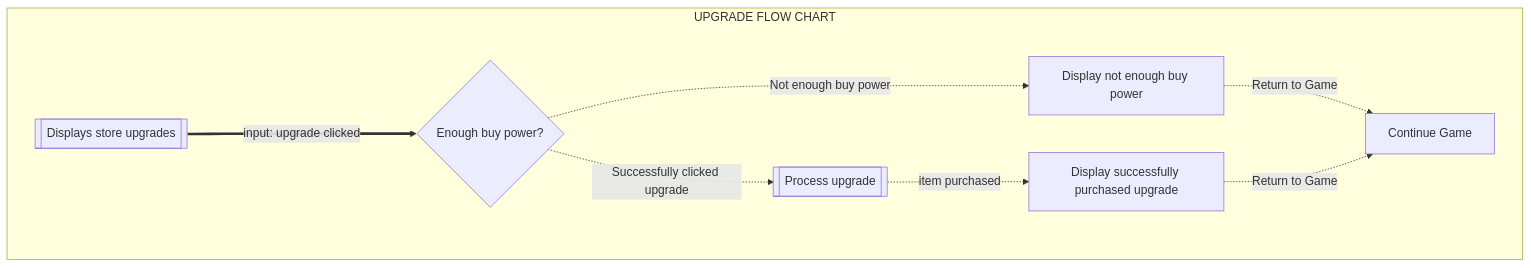
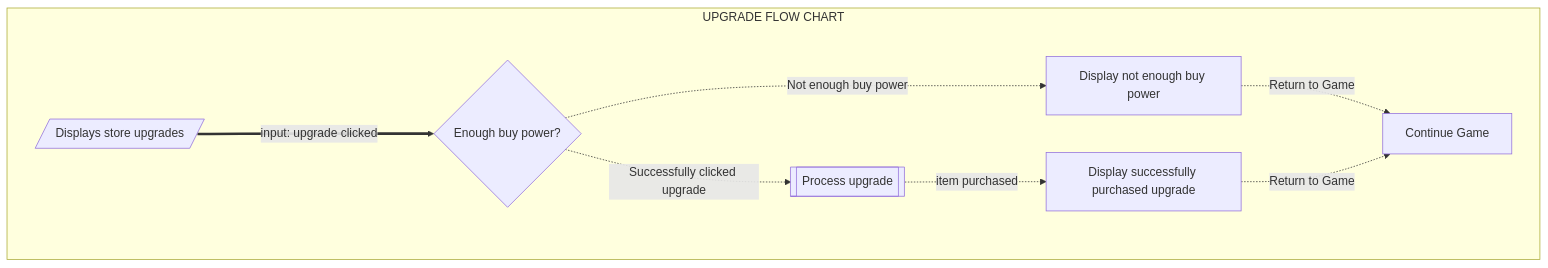
Before and after one commit to kaesotiric/money_clicker_game: the second of 2 diagrams in clicker_project/flows.md, drawn with Mermaid. The commit also changed other lines of this file and 3 other files, not shown here.

````diff
--- a/clicker_project/flows.md
+++ b/clicker_project/flows.md
@@ -23,17 +23,17 @@
 ```mermaid
 flowchart TD
     subgraph UPGRADE FLOW CHART
-        display[[Displays store upgrades]]
+        display[/Displays store upgrades/]
         purchase[[Process upgrade]]
         errorDisplay[Display not enough buy power]
         upgraded[Display successfully purchased upgrade]
         continueGame[Continue Game]
         display-result{Enough buy power?}
         display ==input: upgrade clicked===> display-result
         display-result -.Successfully clicked upgrade.-> purchase
         display-result -.Not enough buy power.-> errorDisplay
         errorDisplay-.Return to Game.->continueGame
         purchase-.item purchased.->upgraded
         upgraded-.Return to Game.->continueGame
     end
 ```
````
